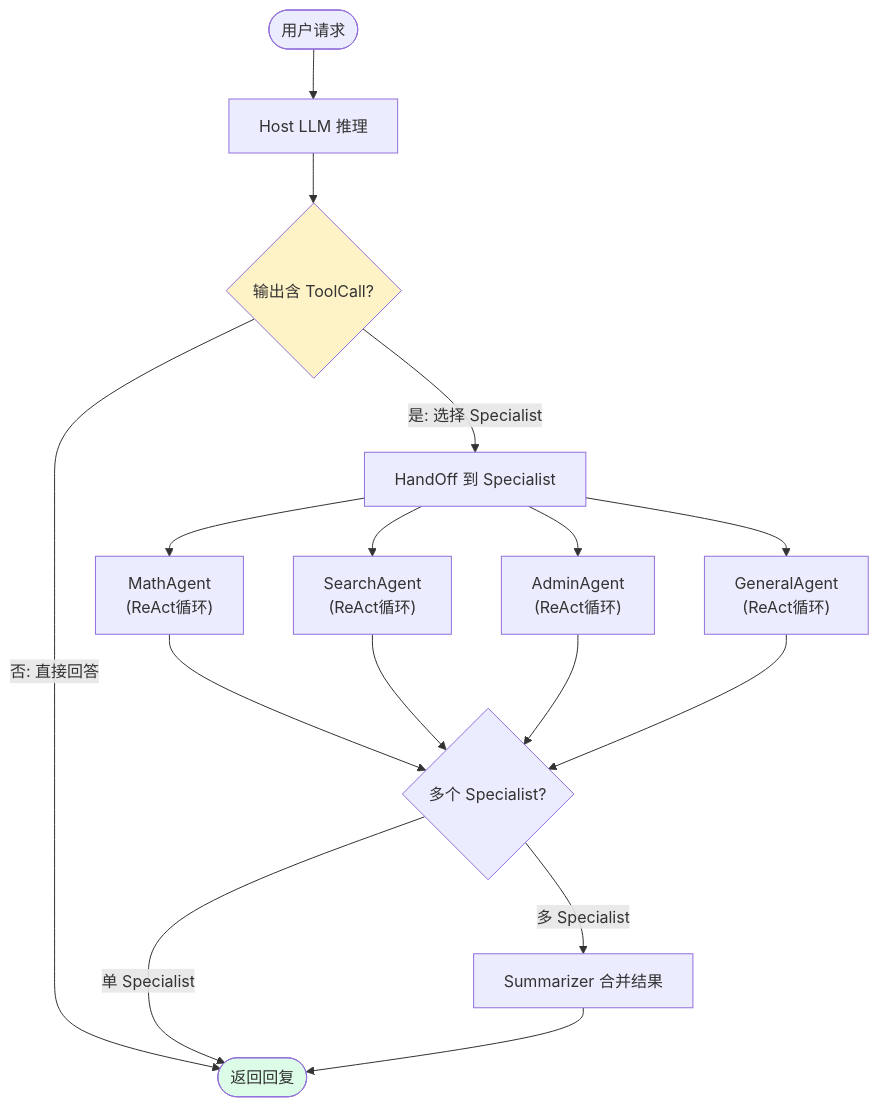
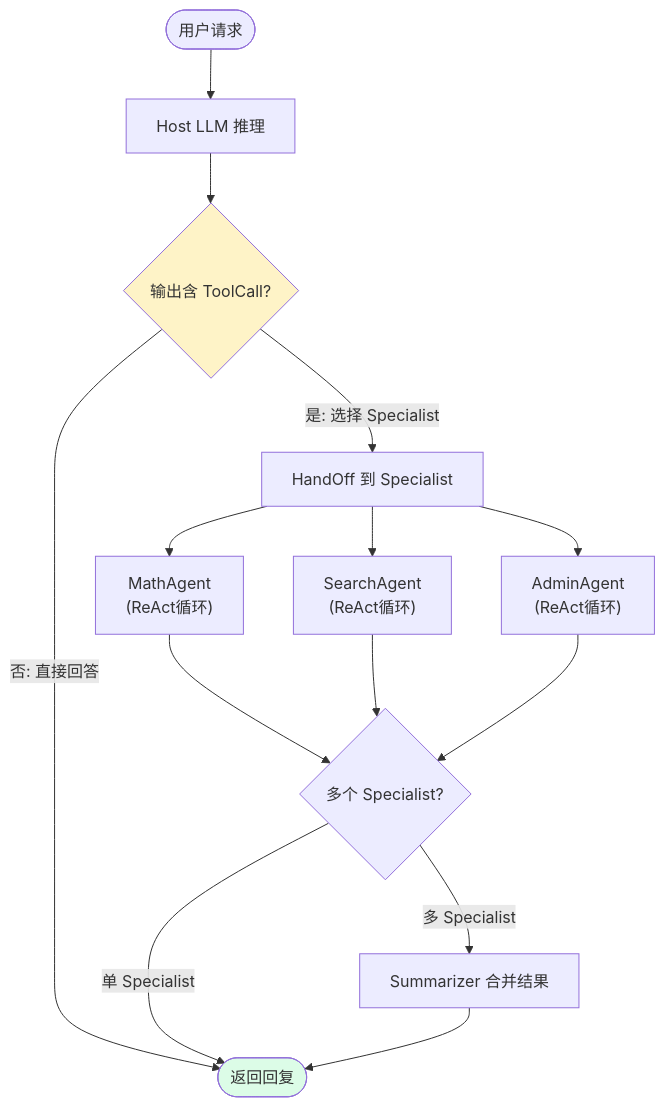
The sixth of 6 diagrams in docs/DOC-02.md (cling-2/Agent-Basic-Framework), drawn with Mermaid before and after one commit. The commit also changed other lines of this file and 4 other files, not shown here.

````diff
--- a/docs/DOC-02.md
+++ b/docs/DOC-02.md
@@ -465,24 +461,22 @@
 ```mermaid
 flowchart TB
     START([用户请求]) --> HOST["Host LLM 推理"]
     HOST --> BRANCH{输出含 ToolCall?}
     BRANCH -->|否: 直接回答| END([返回回复])
     BRANCH -->|是: 选择 Specialist| HANDOFF["HandOff 到 Specialist"]
 
     HANDOFF --> MATH["MathAgent<br/>(ReAct循环)"]
     HANDOFF --> SEARCH["SearchAgent<br/>(ReAct循环)"]
     HANDOFF --> ADMIN["AdminAgent<br/>(ReAct循环)"]
-    HANDOFF --> GENERAL["GeneralAgent<br/>(ReAct循环)"]
 
     MATH --> RESULT{多个 Specialist?}
     SEARCH --> RESULT
     ADMIN --> RESULT
-    GENERAL --> RESULT
 
     RESULT -->|单 Specialist| END
     RESULT -->|多 Specialist| SUM["Summarizer 合并结果"]
     SUM --> END
 
     style BRANCH fill:#fef3c7
     style END fill:#dcfce7
 ```
````
